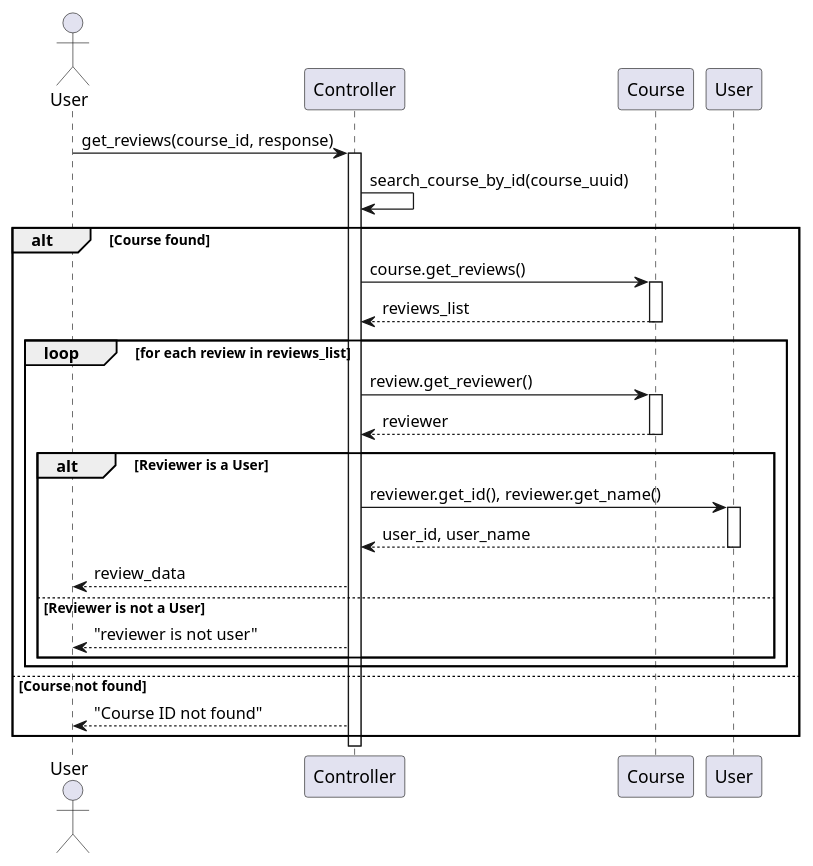
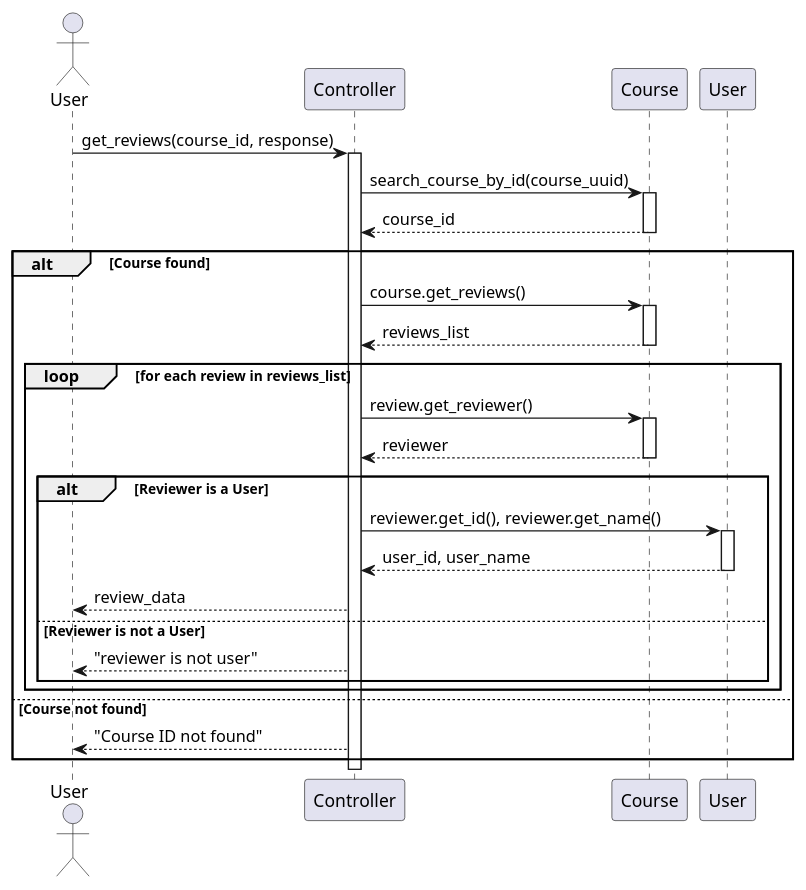
One commit to KMITLSuicide/KMITL-ObjectOrientedProgramming-Project changed the diagram in diagrams/plantuml/review(get_reviews).puml. Above: the diagram before and after it, drawn with PlantUML. The commit also changed 39 other files, not shown here.

```diff
--- a/diagrams/plantuml/review(get_reviews).puml
+++ b/diagrams/plantuml/review(get_reviews).puml
@@ -1,43 +1,46 @@
 @startuml
 
 actor User
 
 participant Controller
 participant Course
 participant "User" as UserClass
 
 User -> Controller: get_reviews(course_id, response)
 activate Controller
 
-Controller -> Controller: search_course_by_id(course_uuid)
+Controller -> Course: search_course_by_id(course_uuid)
+activate Course
+Course --> Controller: course_id
+deactivate Course
 
 alt Course found
     Controller -> Course: course.get_reviews()
     activate Course
     Course --> Controller: reviews_list
     deactivate Course
 
     loop for each review in reviews_list
         Controller -> Course: review.get_reviewer()
         activate Course
         Course --> Controller: reviewer
         deactivate Course
 
         alt Reviewer is a User
 
             Controller -> UserClass: reviewer.get_id(), reviewer.get_name()
             activate UserClass
             UserClass --> Controller: user_id, user_name
             deactivate UserClass
 
             Controller --> User: review_data
         else Reviewer is not a User
             Controller --> User: "reviewer is not user"
         end
     end
 
 else Course not found
     Controller --> User: "Course ID not found"
 end
 
 @enduml
```
